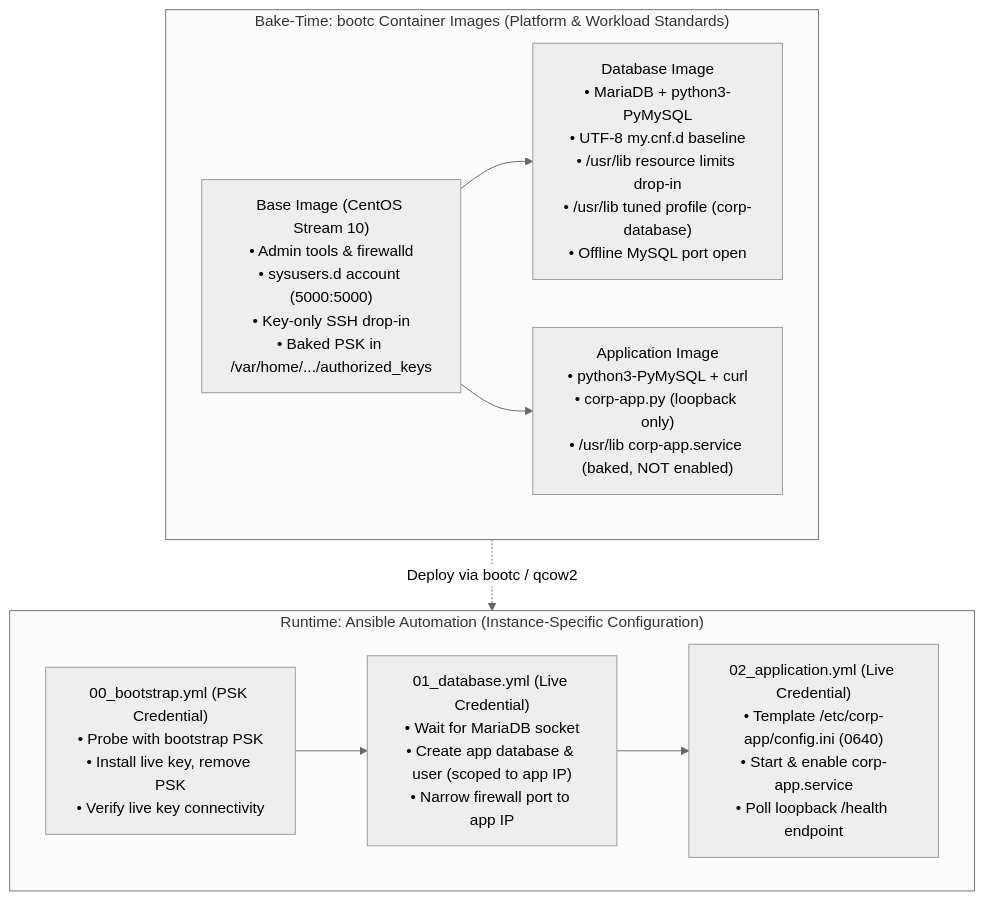
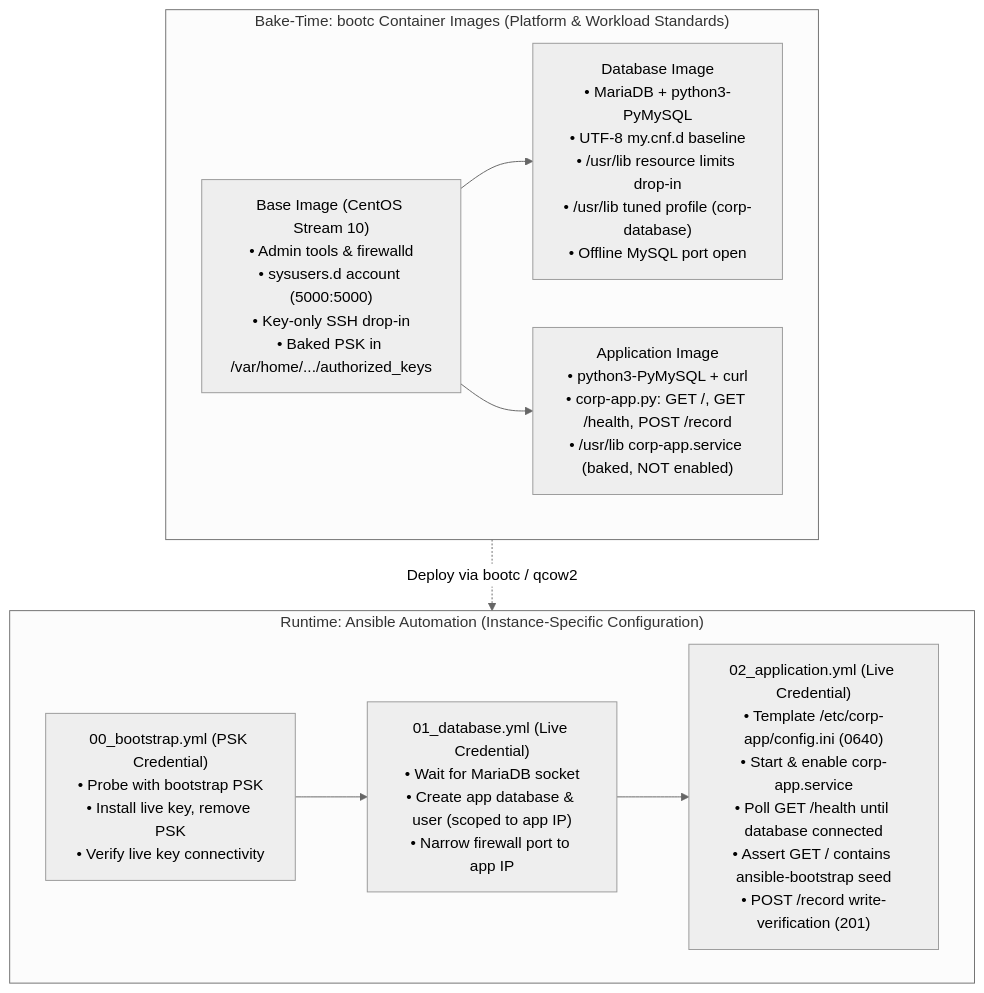
The first of 2 diagrams in README.md (nzwulfin/ansible-bootc), drawn with Mermaid (neutral theme) before and after one commit. The commit also changed other lines of this file and 5 other files, not shown here.

````diff
--- a/README.md
+++ b/README.md
@@ -125,21 +125,21 @@
 ```mermaid
 graph TD
     subgraph BuildTime ["Bake-Time: bootc Container Images (Platform & Workload Standards)"]
         Base["Base Image (CentOS Stream 10)<br/>• Admin tools & firewalld<br/>• sysusers.d account (5000:5000)<br/>• Key-only SSH drop-in<br/>• Baked PSK in /var/home/.../authorized_keys"]
         DB["Database Image<br/>• MariaDB + python3-PyMySQL<br/>• UTF-8 my.cnf.d baseline<br/>• /usr/lib resource limits drop-in<br/>• /usr/lib tuned profile (corp-database)<br/>• Offline MySQL port open"]
-        App["Application Image<br/>• python3-PyMySQL + curl<br/>• corp-app.py (loopback only)<br/>• /usr/lib corp-app.service (baked, NOT enabled)"]
+        App["Application Image<br/>• python3-PyMySQL + curl<br/>• corp-app.py: GET /, GET /health, POST /record<br/>• /usr/lib corp-app.service (baked, NOT enabled)"]
 
         Base --> DB
         Base --> App
     end
 
     subgraph Runtime ["Runtime: Ansible Automation (Instance-Specific Configuration)"]
         P0["00_bootstrap.yml (PSK Credential)<br/>• Probe with bootstrap PSK<br/>• Install live key, remove PSK<br/>• Verify live key connectivity"]
         P1["01_database.yml (Live Credential)<br/>• Wait for MariaDB socket<br/>• Create app database & user (scoped to app IP)<br/>• Narrow firewall port to app IP"]
-        P2["02_application.yml (Live Credential)<br/>• Template /etc/corp-app/config.ini (0640)<br/>• Start & enable corp-app.service<br/>• Poll loopback /health endpoint"]
+        P2["02_application.yml (Live Credential)<br/>• Template /etc/corp-app/config.ini (0640)<br/>• Start & enable corp-app.service<br/>• Poll GET /health until database connected<br/>• Assert GET / contains ansible-bootstrap seed<br/>• POST /record write-verification (201)"]
 
         P0 --> P1 --> P2
     end
 
     BuildTime -.->|Deploy via bootc / qcow2| Runtime
 ```
````
